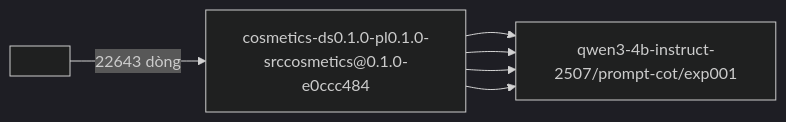
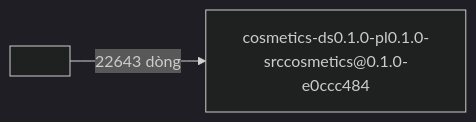
One commit to TrieuKhac-dev/SentimentX changed the diagram in data/reports/dataset_registry/dataset_registry.md. Above: the diagram before and after it, drawn with Mermaid (dark theme). The commit also changed 39 other files, not shown here.

````diff
--- a/data/reports/dataset_registry/dataset_registry.md
+++ b/data/reports/dataset_registry/dataset_registry.md
@@ -3,11 +3,6 @@
 ```mermaid
 graph LR
   n1["<nguồn v0.1.0>"]
   n2["cosmetics-ds0.1.0-pl0.1.0-srccosmetics@0.1.0-e0ccc484"]
-  n3["qwen3-4b-instruct-2507/prompt-cot/exp001"]
   n1 -->|22643 dòng| n2
-  n2 --> n3
-  n2 --> n3
-  n2 --> n3
-  n2 --> n3
 ```
````
